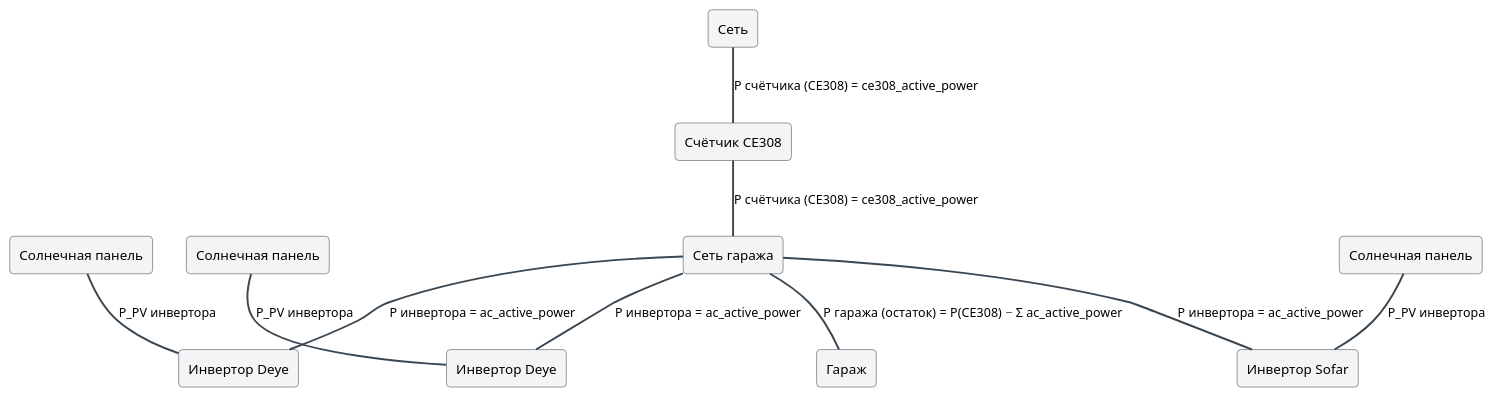
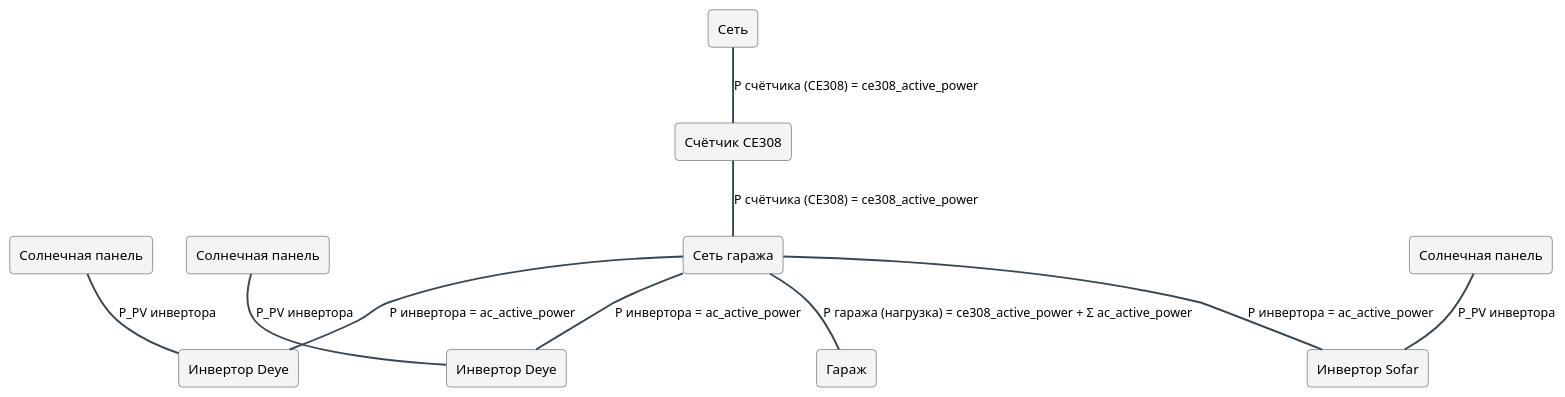
The diagram in animation/schemes/scheme-garage.puml (galiy/sunReceiver), drawn with PlantUML before and after one commit. The commit also changed 3 other files, not shown here.

Commit message:
Анимация гаража: новая формула отрезка «Сеть гаража — Гараж» = ce308_power + Σac инверторов

```diff
--- a/animation/schemes/scheme-garage.puml
+++ b/animation/schemes/scheme-garage.puml
@@ -1,49 +1,49 @@
 @startuml
 '
 ' Общая схема №2: Сеть → Счётчик CE308 → «Сеть гаража» (развилка) → Гараж + инверторы.
 ' «Сеть гаража» — соединитель: связывает CE308, Гараж и все инверторы (в гараже).
 ' Развилка — в узле «Сеть гаража»: одна линия вправо в Гараж, вторая вниз к шине инверторов.
 '
 ' Связи — ЛИНИИ (не стрелки): мощность может идти в обе стороны.
 ' Каждая связь = анимированная линия с бегущим током и подписью мощности (1/с).
 '
 top to bottom direction
 
 skinparam rectangle {
   BackgroundColor #f2f4f6
   BorderColor #2c2f33
   RoundCorner 8
 }
 skinparam arrow {
   Color #3a4752
   Thickness 2
 }
 skinparam shadowing false
 
 rectangle "Сеть" as grid
 rectangle "Счётчик CE308" as meter
 ' «Сеть гаража» — узел-соединитель справа от CE308: CE308, шина инверторов, Гараж.
 ' В анимации изображается кружком той же толщины, что дорожки тока.
 rectangle "Сеть гаража" as garage_net
 rectangle "Гараж" as garage
 
 grid -- meter : "P счётчика (CE308) = ce308_active_power"
 meter -- garage_net : "P счётчика (CE308) = ce308_active_power"
-garage_net -- garage : "P гаража (остаток) = P(CE308) − Σ ac_active_power"
+garage_net -- garage : "P гаража (нагрузка) = ce308_active_power + Σ ac_active_power"
 
 rectangle "Инвертор Sofar" as inv1
 rectangle "Инвертор Deye" as inv2
 rectangle "Инвертор Deye" as inv3
 
 rectangle "Солнечная панель" as pv1
 rectangle "Солнечная панель" as pv2
 rectangle "Солнечная панель" as pv3
 
 garage_net -- inv1 : "P инвертора = ac_active_power"
 garage_net -- inv2 : "P инвертора = ac_active_power"
 garage_net -- inv3 : "P инвертора = ac_active_power"
 pv1 -- inv1 : "P_PV инвертора"
 pv2 -- inv2 : "P_PV инвертора"
 pv3 -- inv3 : "P_PV инвертора"
 
 @enduml
```
